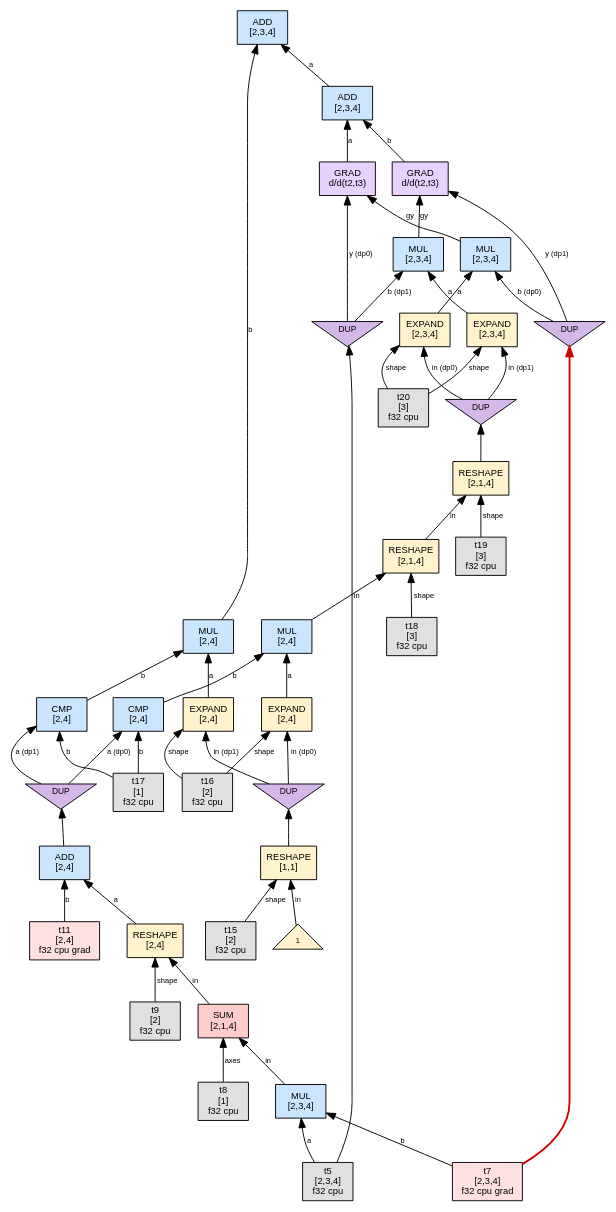
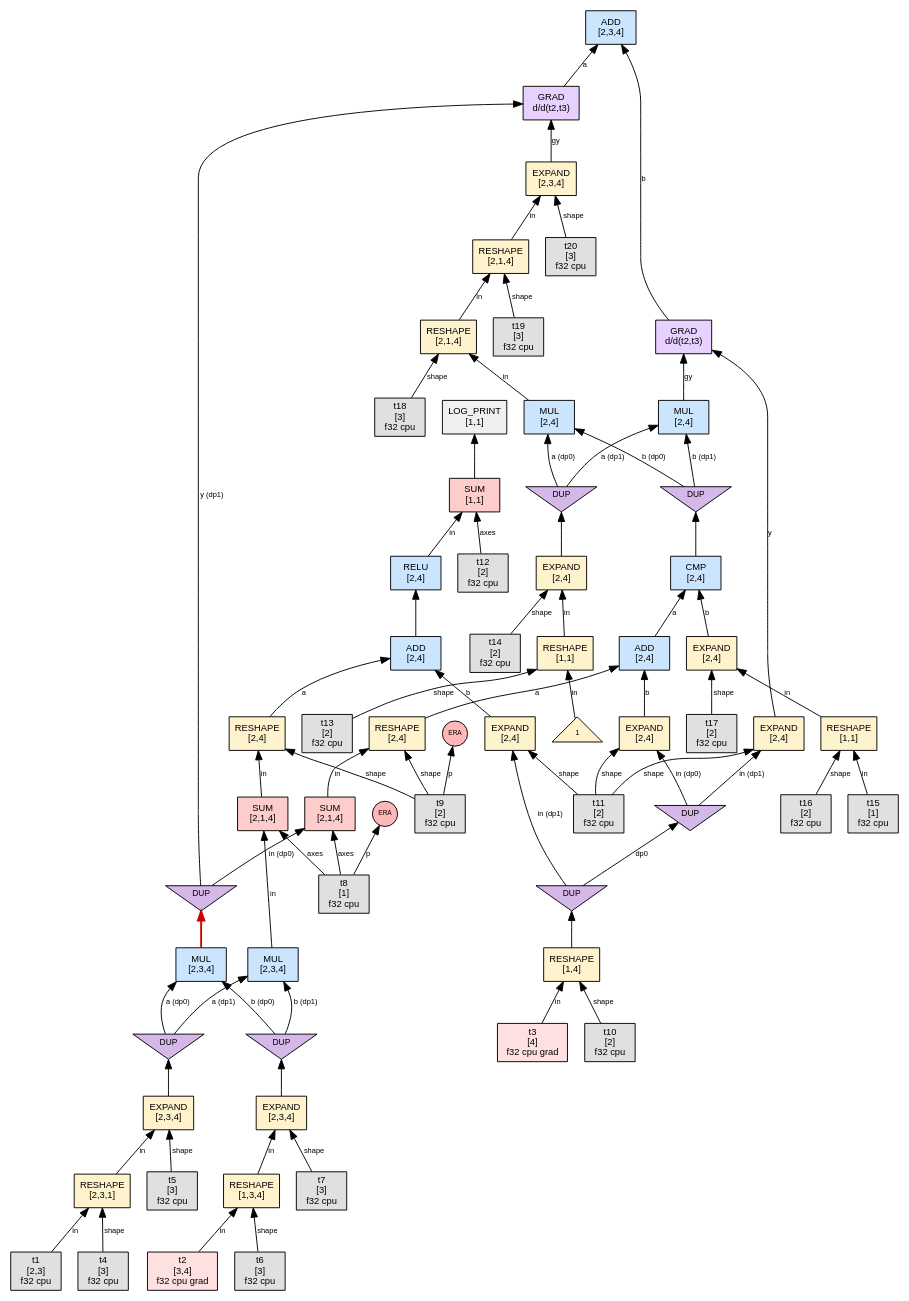
One commit to sw1sh/TinyHVM changed the diagram in phase1_graphs/tiny_linear_bias/step_018_interact_DP0.dot. Above: the diagram before and after it, drawn with Graphviz. The commit also changed 751 other files, not shown here.

First line of the commit message:
test: refresh canonical tiny phase graph archives

```diff
--- a/phase1_graphs/tiny_linear_bias/step_018_interact_DP0.dot
+++ b/phase1_graphs/tiny_linear_bias/step_018_interact_DP0.dot
@@ -1,93 +1,141 @@
 digraph G {
   // PREV_INTERACTION: interact_DP0
-  // NEXT_INTERACTION: interact_DP0
+  // NEXT_INTERACTION: interact_DP1
   rankdir=BT;
   node [fontname="Helvetica", fontsize=10, style=filled, shape=box, margin="0.1,0.05"];
   edge [fontsize=8, fontname="Helvetica"];
 
-  n57 [label="ADD\n[2,3,4]", shape=box, fillcolor="#cce5ff"];
-  n110 -> n57 [label="a"];
-  n66 -> n57 [label="b"];
-  n28 [label="RESHAPE\n[1,1]", shape=box, fillcolor="#fff3cd"];
-  num28_0 [label="1",shape=triangle,fillcolor="#fff2cc",fontsize=8];
-  num28_0 -> n28 [label="in"];
-  t15 [label="t15\n[2]\nf32 cpu",shape=box,fillcolor="#e0e0e0"];
-  t15 -> n28 [label="shape"];
-  n47 [label="ADD\n[2,4]", shape=box, fillcolor="#cce5ff"];
-  n59 -> n47 [label="a"];
-  t11 [label="t11\n[2,4]\nf32 cpu grad",shape=box,fillcolor="#ffe0e0"];
-  t11 -> n47 [label="b"];
-  n59 [label="RESHAPE\n[2,4]", shape=box, fillcolor="#fff3cd"];
-  n78 -> n59 [label="in"];
+  n1 [label="RESHAPE\n[2,3,1]", shape=box, fillcolor="#fff3cd"];
+  t1 [label="t1\n[2,3]\nf32 cpu",shape=box,fillcolor="#e0e0e0"];
+  t1 -> n1 [label="in"];
+  t4 [label="t4\n[3]\nf32 cpu",shape=box,fillcolor="#e0e0e0"];
+  t4 -> n1 [label="shape"];
+  n9 [label="RESHAPE\n[1,3,4]", shape=box, fillcolor="#fff3cd"];
+  t2 [label="t2\n[3,4]\nf32 cpu grad",shape=box,fillcolor="#ffe0e0"];
+  t2 -> n9 [label="in"];
+  t6 [label="t6\n[3]\nf32 cpu",shape=box,fillcolor="#e0e0e0"];
+  t6 -> n9 [label="shape"];
+  n5 [label="EXPAND\n[2,3,4]", shape=box, fillcolor="#fff3cd"];
+  n1 -> n5 [label="in"];
+  t5 [label="t5\n[3]\nf32 cpu",shape=box,fillcolor="#e0e0e0"];
+  t5 -> n5 [label="shape"];
+  n13 [label="EXPAND\n[2,3,4]", shape=box, fillcolor="#fff3cd"];
+  n9 -> n13 [label="in"];
+  t7 [label="t7\n[3]\nf32 cpu",shape=box,fillcolor="#e0e0e0"];
+  t7 -> n13 [label="shape"];
+  n29 [label="RESHAPE\n[1,4]", shape=box, fillcolor="#fff3cd"];
+  t3 [label="t3\n[4]\nf32 cpu grad",shape=box,fillcolor="#ffe0e0"];
+  t3 -> n29 [label="in"];
+  t10 [label="t10\n[2]\nf32 cpu",shape=box,fillcolor="#e0e0e0"];
+  t10 -> n29 [label="shape"];
+  n58 [label="SUM\n[1,1]", shape=box, fillcolor="#ffcccc"];
+  n74 -> n58 [label="in"];
+  t12 [label="t12\n[2]\nf32 cpu",shape=box,fillcolor="#e0e0e0"];
+  t12 -> n58 [label="axes"];
+  n51 [label="LOG_PRINT\n[1,1]", shape=box, fillcolor="#f0f0f0"];
+  n58 -> n51 [label=""];
+  n108 [label="ADD\n[2,3,4]", shape=box, fillcolor="#cce5ff"];
+  n164 -> n108 [label="a"];
+  n106 -> n108 [label="b"];
+  n74 [label="RELU\n[2,4]", shape=box, fillcolor="#cce5ff"];
+  n93 -> n74 [label=""];
+  n61 [label="RESHAPE\n[1,1]", shape=box, fillcolor="#fff3cd"];
+  num61_0 [label="1",shape=triangle,fillcolor="#fff2cc",fontsize=8];
+  num61_0 -> n61 [label="in"];
+  t13 [label="t13\n[2]\nf32 cpu",shape=box,fillcolor="#e0e0e0"];
+  t13 -> n61 [label="shape"];
+  n93 [label="ADD\n[2,4]", shape=box, fillcolor="#cce5ff"];
+  n112 -> n93 [label="a"];
+  n117 -> n93 [label="b"];
+  n77 [label="RESHAPE\n[1,1]", shape=box, fillcolor="#fff3cd"];
+  t15 [label="t15\n[1]\nf32 cpu",shape=box,fillcolor="#e0e0e0"];
+  t15 -> n77 [label="in"];
+  t16 [label="t16\n[2]\nf32 cpu",shape=box,fillcolor="#e0e0e0"];
+  t16 -> n77 [label="shape"];
+  n97 [label="ADD\n[2,4]", shape=box, fillcolor="#cce5ff"];
+  n120 -> n97 [label="a"];
+  n125 -> n97 [label="b"];
+  n81 [label="EXPAND\n[2,4]", shape=box, fillcolor="#fff3cd"];
+  n77 -> n81 [label="in"];
+  t17 [label="t17\n[2]\nf32 cpu",shape=box,fillcolor="#e0e0e0"];
+  t17 -> n81 [label="shape"];
+  n67 [label="EXPAND\n[2,4]", shape=box, fillcolor="#fff3cd"];
+  n61 -> n67 [label="in"];
+  t14 [label="t14\n[2]\nf32 cpu",shape=box,fillcolor="#e0e0e0"];
+  t14 -> n67 [label="shape"];
+  n85 [label="CMP\n[2,4]", shape=box, fillcolor="#cce5ff"];
+  n97 -> n85 [label="a"];
+  n81 -> n85 [label="b"];
+  n112 [label="RESHAPE\n[2,4]", shape=box, fillcolor="#fff3cd"];
+  n146 -> n112 [label="in"];
   t9 [label="t9\n[2]\nf32 cpu",shape=box,fillcolor="#e0e0e0"];
-  t9 -> n59 [label="shape"];
-  n110 [label="ADD\n[2,3,4]", shape=box, fillcolor="#cce5ff"];
-  n106 -> n110 [label="a"];
-  n108 -> n110 [label="b"];
-  n66 [label="MUL\n[2,4]", shape=box, fillcolor="#cce5ff"];
-  n114 -> n66 [label="a"];
-  n119 -> n66 [label="b"];
-  n78 [label="SUM\n[2,1,4]", shape=box, fillcolor="#ffcccc"];
-  n95 -> n78 [label="in"];
+  t9 -> n112 [label="shape"];
+  n117 [label="EXPAND\n[2,4]", shape=box, fillcolor="#fff3cd"];
+  dup119 [label="DUP", shape=invtriangle, fillcolor="#d4b8e8", fontsize=9, width=0.7, height=0.5];
+  n29 -> dup119;
+  dup119 -> n117 [label="in (dp1)"];
+  t11 [label="t11\n[2]\nf32 cpu",shape=box,fillcolor="#e0e0e0"];
+  t11 -> n117 [label="shape"];
+  n120 [label="RESHAPE\n[2,4]", shape=box, fillcolor="#fff3cd"];
+  n149 -> n120 [label="in"];
+  t9 -> n120 [label="shape"];
+  n125 [label="EXPAND\n[2,4]", shape=box, fillcolor="#fff3cd"];
+  dup129 [label="DUP", shape=invtriangle, fillcolor="#d4b8e8", fontsize=9, width=0.7, height=0.5];
+  dup119 -> dup129 [label="dp0"];
+  dup129 -> n125 [label="in (dp0)"];
+  t11 -> n125 [label="shape"];
+  n127 [label="EXPAND\n[2,4]", shape=box, fillcolor="#fff3cd"];
+  dup129 -> n127 [label="in (dp1)"];
+  t11 -> n127 [label="shape"];
+  n132 [label="MUL\n[2,4]", shape=box, fillcolor="#cce5ff"];
+  dup134 [label="DUP", shape=invtriangle, fillcolor="#d4b8e8", fontsize=9, width=0.7, height=0.5];
+  n67 -> dup134;
+  dup134 -> n132 [label="a (dp1)"];
+  dup135 [label="DUP", shape=invtriangle, fillcolor="#d4b8e8", fontsize=9, width=0.7, height=0.5];
+  n85 -> dup135;
+  dup135 -> n132 [label="b (dp1)"];
+  n164 [label="GRAD\nd/d(t2,t3)", shape=box, fillcolor="#e8d0ff"];
+  dup153 [label="DUP", shape=invtriangle, fillcolor="#d4b8e8", fontsize=9, width=0.7, height=0.5];
+  n166 -> dup153 [color="#cc0000",penwidth=2.0];
+  dup153 -> n164 [label="y (dp1)"];
+  n160 -> n164 [label="gy"];
+  n106 [label="GRAD\nd/d(t2,t3)", shape=box, fillcolor="#e8d0ff"];
+  n127 -> n106 [label="y"];
+  n132 -> n106 [label="gy"];
+  n146 [label="SUM\n[2,1,4]", shape=box, fillcolor="#ffcccc"];
+  n168 -> n146 [label="in"];
   t8 [label="t8\n[1]\nf32 cpu",shape=box,fillcolor="#e0e0e0"];
-  t8 -> n78 [label="axes"];
-  n112 [label="EXPAND\n[2,4]", shape=box, fillcolor="#fff3cd"];
-  dup116 [label="DUP", shape=invtriangle, fillcolor="#d4b8e8", fontsize=9, width=0.7, height=0.5];
-  n28 -> dup116;
-  dup116 -> n112 [label="in (dp0)"];
-  t16 [label="t16\n[2]\nf32 cpu",shape=box,fillcolor="#e0e0e0"];
-  t16 -> n112 [label="shape"];
-  n117 [label="CMP\n[2,4]", shape=box, fillcolor="#cce5ff"];
-  dup121 [label="DUP", shape=invtriangle, fillcolor="#d4b8e8", fontsize=9, width=0.7, height=0.5];
-  n47 -> dup121;
-  dup121 -> n117 [label="a (dp0)"];
-  t17 [label="t17\n[1]\nf32 cpu",shape=box,fillcolor="#e0e0e0"];
-  t17 -> n117 [label="b"];
-  n114 [label="EXPAND\n[2,4]", shape=box, fillcolor="#fff3cd"];
-  dup116 -> n114 [label="in (dp1)"];
-  t16 -> n114 [label="shape"];
-  n119 [label="CMP\n[2,4]", shape=box, fillcolor="#cce5ff"];
-  dup121 -> n119 [label="a (dp1)"];
-  t17 -> n119 [label="b"];
-  n64 [label="MUL\n[2,4]", shape=box, fillcolor="#cce5ff"];
-  n112 -> n64 [label="a"];
-  n117 -> n64 [label="b"];
-  n95 [label="MUL\n[2,3,4]", shape=box, fillcolor="#cce5ff"];
-  t5 [label="t5\n[2,3,4]\nf32 cpu",shape=box,fillcolor="#e0e0e0"];
-  t5 -> n95 [label="a"];
-  t7 [label="t7\n[2,3,4]\nf32 cpu grad",shape=box,fillcolor="#ffe0e0"];
-  t7 -> n95 [label="b"];
-  n72 [label="RESHAPE\n[2,1,4]", shape=box, fillcolor="#fff3cd"];
-  n64 -> n72 [label="in"];
+  t8 -> n146 [label="axes"];
+  n149 [label="SUM\n[2,1,4]", shape=box, fillcolor="#ffcccc"];
+  dup153 -> n149 [label="in (dp0)"];
+  t8 -> n149 [label="axes"];
+  era137 [label="ERA",shape=circle,width=0.38,height=0.38,fixedsize=true,fillcolor="#ffb8b8",fontsize=7];
+  t9 -> era137 [label="p"];
+  n130 [label="MUL\n[2,4]", shape=box, fillcolor="#cce5ff"];
+  dup134 -> n130 [label="a (dp0)"];
+  dup135 -> n130 [label="b (dp0)"];
+  n168 [label="MUL\n[2,3,4]", shape=box, fillcolor="#cce5ff"];
+  dup170 [label="DUP", shape=invtriangle, fillcolor="#d4b8e8", fontsize=9, width=0.7, height=0.5];
+  n5 -> dup170;
+  dup170 -> n168 [label="a (dp1)"];
+  dup171 [label="DUP", shape=invtriangle, fillcolor="#d4b8e8", fontsize=9, width=0.7, height=0.5];
+  n13 -> dup171;
+  dup171 -> n168 [label="b (dp1)"];
+  n166 [label="MUL\n[2,3,4]", shape=box, fillcolor="#cce5ff"];
+  dup170 -> n166 [label="a (dp0)"];
+  dup171 -> n166 [label="b (dp0)"];
+  n138 [label="RESHAPE\n[2,1,4]", shape=box, fillcolor="#fff3cd"];
+  n130 -> n138 [label="in"];
   t18 [label="t18\n[3]\nf32 cpu",shape=box,fillcolor="#e0e0e0"];
-  t18 -> n72 [label="shape"];
-  n83 [label="RESHAPE\n[2,1,4]", shape=box, fillcolor="#fff3cd"];
-  n72 -> n83 [label="in"];
+  t18 -> n138 [label="shape"];
+  era159 [label="ERA",shape=circle,width=0.38,height=0.38,fixedsize=true,fillcolor="#ffb8b8",fontsize=7];
+  t8 -> era159 [label="p"];
+  n154 [label="RESHAPE\n[2,1,4]", shape=box, fillcolor="#fff3cd"];
+  n138 -> n154 [label="in"];
   t19 [label="t19\n[3]\nf32 cpu",shape=box,fillcolor="#e0e0e0"];
-  t19 -> n83 [label="shape"];
-  n122 [label="EXPAND\n[2,3,4]", shape=box, fillcolor="#fff3cd"];
-  dup126 [label="DUP", shape=invtriangle, fillcolor="#d4b8e8", fontsize=9, width=0.7, height=0.5];
-  n83 -> dup126;
-  dup126 -> n122 [label="in (dp0)"];
+  t19 -> n154 [label="shape"];
+  n160 [label="EXPAND\n[2,3,4]", shape=box, fillcolor="#fff3cd"];
+  n154 -> n160 [label="in"];
   t20 [label="t20\n[3]\nf32 cpu",shape=box,fillcolor="#e0e0e0"];
-  t20 -> n122 [label="shape"];
-  n124 [label="EXPAND\n[2,3,4]", shape=box, fillcolor="#fff3cd"];
-  dup126 -> n124 [label="in (dp1)"];
-  t20 -> n124 [label="shape"];
-  n102 [label="MUL\n[2,3,4]", shape=box, fillcolor="#cce5ff"];
-  n122 -> n102 [label="a"];
-  dup101 [label="DUP", shape=invtriangle, fillcolor="#d4b8e8", fontsize=9, width=0.7, height=0.5];
-  t7 -> dup101 [color="#cc0000",penwidth=2.0];
-  dup101 -> n102 [label="b (dp0)"];
-  n104 [label="MUL\n[2,3,4]", shape=box, fillcolor="#cce5ff"];
-  n124 -> n104 [label="a"];
-  dup99 [label="DUP", shape=invtriangle, fillcolor="#d4b8e8", fontsize=9, width=0.7, height=0.5];
-  t5 -> dup99;
-  dup99 -> n104 [label="b (dp1)"];
-  n106 [label="GRAD\nd/d(t2,t3)", shape=box, fillcolor="#e8d0ff"];
-  dup99 -> n106 [label="y (dp0)"];
-  n102 -> n106 [label="gy"];
-  n108 [label="GRAD\nd/d(t2,t3)", shape=box, fillcolor="#e8d0ff"];
-  dup101 -> n108 [label="y (dp1)"];
-  n104 -> n108 [label="gy"];
+  t20 -> n160 [label="shape"];
 }
```
